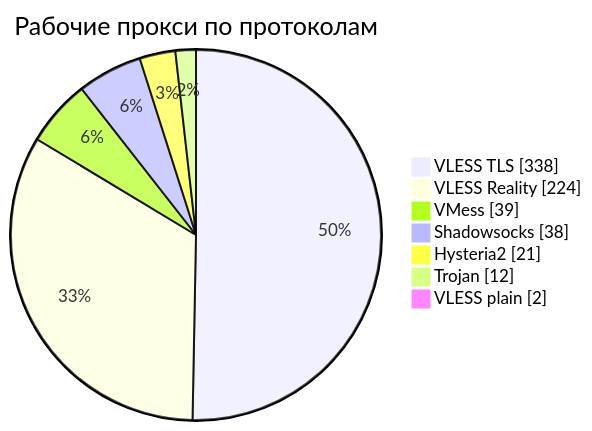
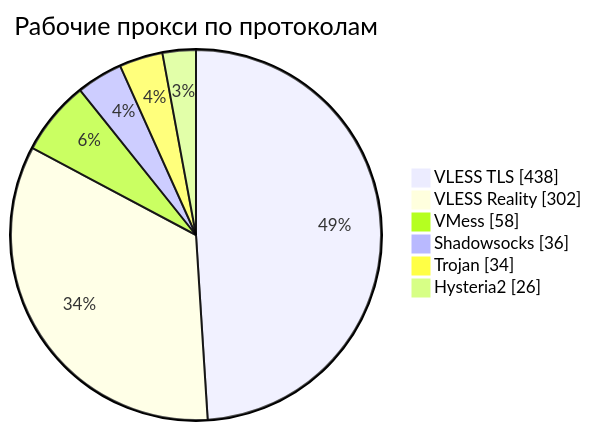
The third of 4 diagrams in README.md (rvvg/proxy-subs), drawn with Mermaid before and after one commit. The commit also changed other lines of this file and 42 other files, not shown here.

````diff
--- a/README.md
+++ b/README.md
@@ -130,11 +132,10 @@
 ```mermaid
 pie showData
     title Рабочие прокси по протоколам
-    "VLESS TLS" : 338
-    "VLESS Reality" : 224
-    "VMess" : 39
-    "Shadowsocks" : 38
-    "Hysteria2" : 21
-    "Trojan" : 12
-    "VLESS plain" : 2
+    "VLESS TLS" : 438
+    "VLESS Reality" : 302
+    "VMess" : 58
+    "Shadowsocks" : 36
+    "Trojan" : 34
+    "Hysteria2" : 26
 ```
````
